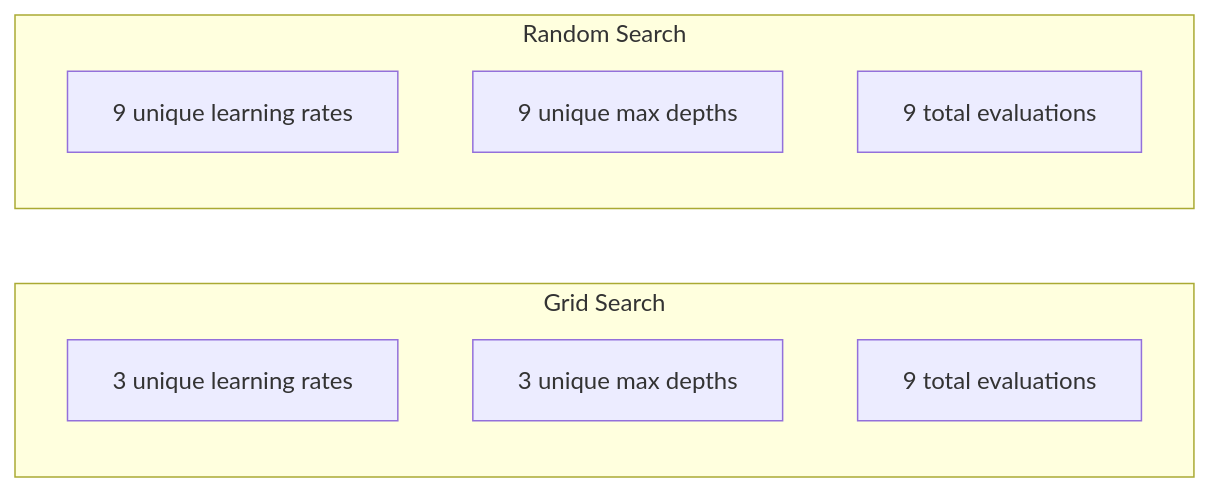
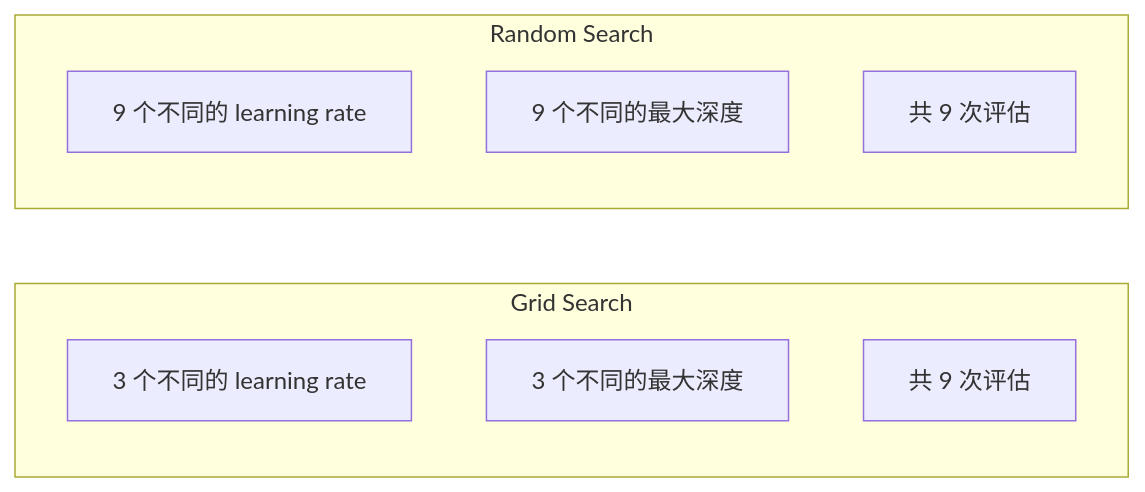
One commit to JerryC8080/ai-engineering-from-scratch-zh changed the first of 4 diagrams in phases/02-ml-fundamentals/12-hyperparameter-tuning/docs/zh.md. Above: the diagram before and after it, drawn with Mermaid. The commit also changed other lines of this file and 156 other files, not shown here.

First line of the commit message:
i18n(zh): translate mermaid diagram labels in 157 lesson zh.md

````diff
--- a/phases/02-ml-fundamentals/12-hyperparameter-tuning/docs/zh.md
+++ b/phases/02-ml-fundamentals/12-hyperparameter-tuning/docs/zh.md
@@ -63,14 +63,14 @@
 ```mermaid
 flowchart LR
     subgraph Grid Search
-        G1[3 unique learning rates]
-        G2[3 unique max depths]
-        G3[9 total evaluations]
+        G1[3 个不同的 learning rate]
+        G2[3 个不同的最大深度]
+        G3[共 9 次评估]
     end
 
     subgraph Random Search
-        R1[9 unique learning rates]
-        R2[9 unique max depths]
-        R3[9 total evaluations]
+        R1[9 个不同的 learning rate]
+        R2[9 个不同的最大深度]
+        R3[共 9 次评估]
     end
 ```
````
